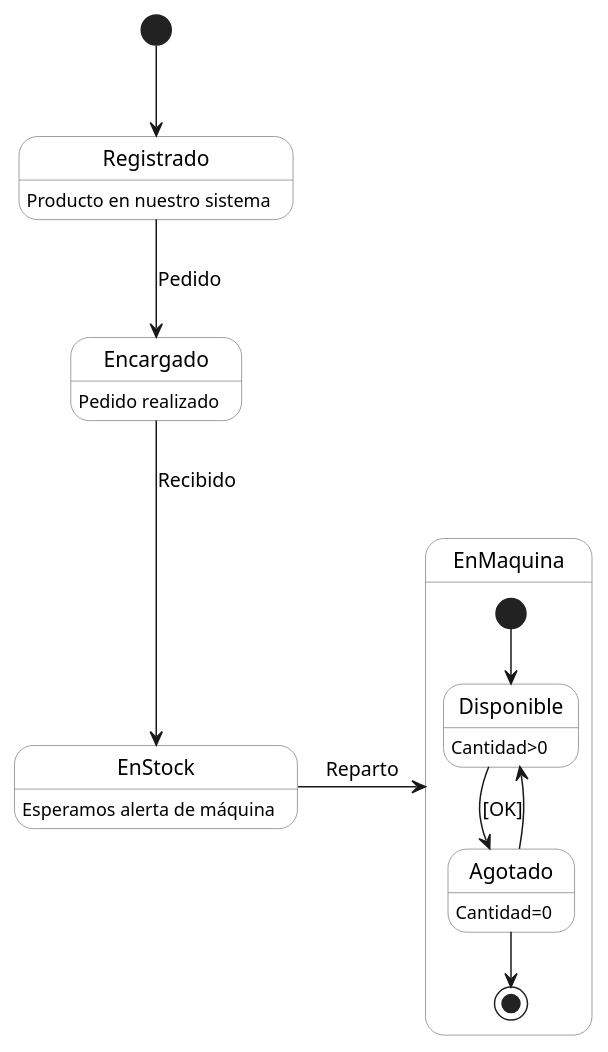
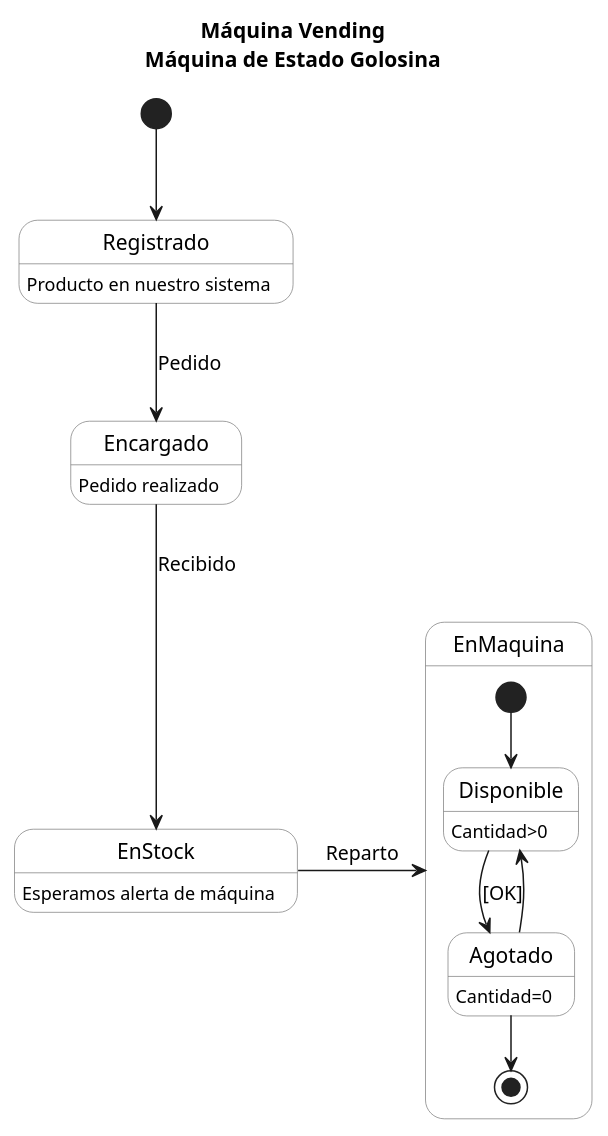
Before and after one commit to srlopez/RUP: the third of 5 diagrams in ejemplos/maquina_vending.md, drawn with PlantUML. The commit also changed other lines of this file and 1 other file, not shown here.

````diff
--- a/ejemplos/maquina_vending.md
+++ b/ejemplos/maquina_vending.md
@@ -104,30 +121,31 @@
 ```plantuml
 @startuml
+title == Máquina Vending ==\nMáquina de Estado Golosina
 skinparam state {
     ' StartColor PaleGreen
     ' EndColor Red
     BackgroundColor White
     ' BackgroundColor<<Junction>> GreenYellow  
     BorderColor Gray
     ' FontName Consolas
 }
 left to right direction
 [*] -d-> Registrado
 Registrado --> Encargado : Pedido
 Encargado --> EnStock : Recibido 
 EnStock -r-> EnMaquina : Reparto
 state EnMaquina {    
   top to bottom direction
   [*] --> Disponible    
   Disponible --> Agotado : [OK]
   Agotado --> Disponible
   Agotado --> [*]
 }
 
 EnStock : Esperamos alerta de máquina
 Registrado : Producto en nuestro sistema
 Encargado: Pedido realizado
 Disponible: Cantidad>0
 Agotado: Cantidad=0
 @enduml
 ```
````
